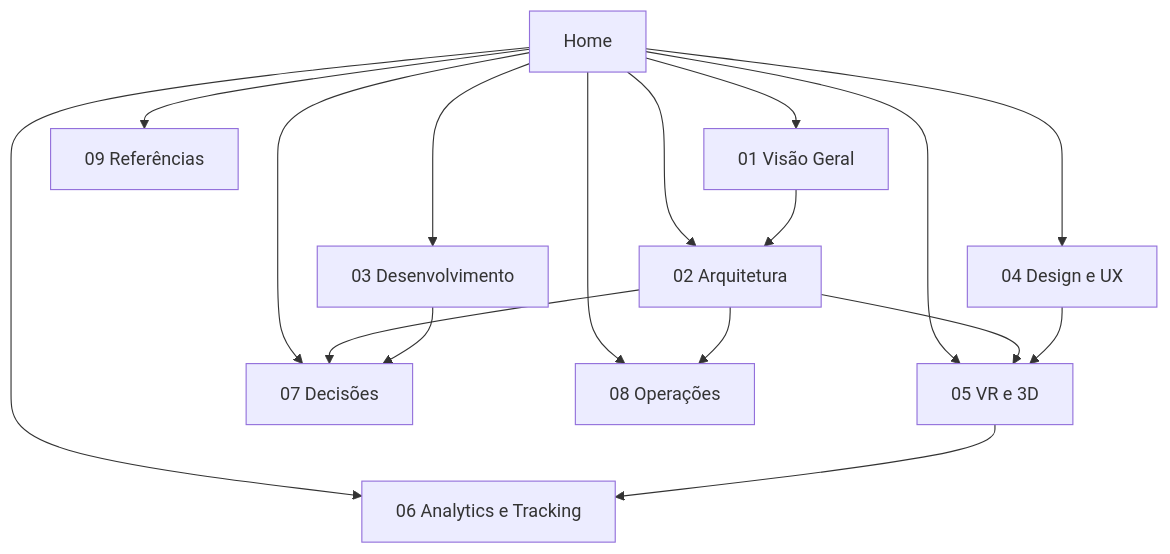
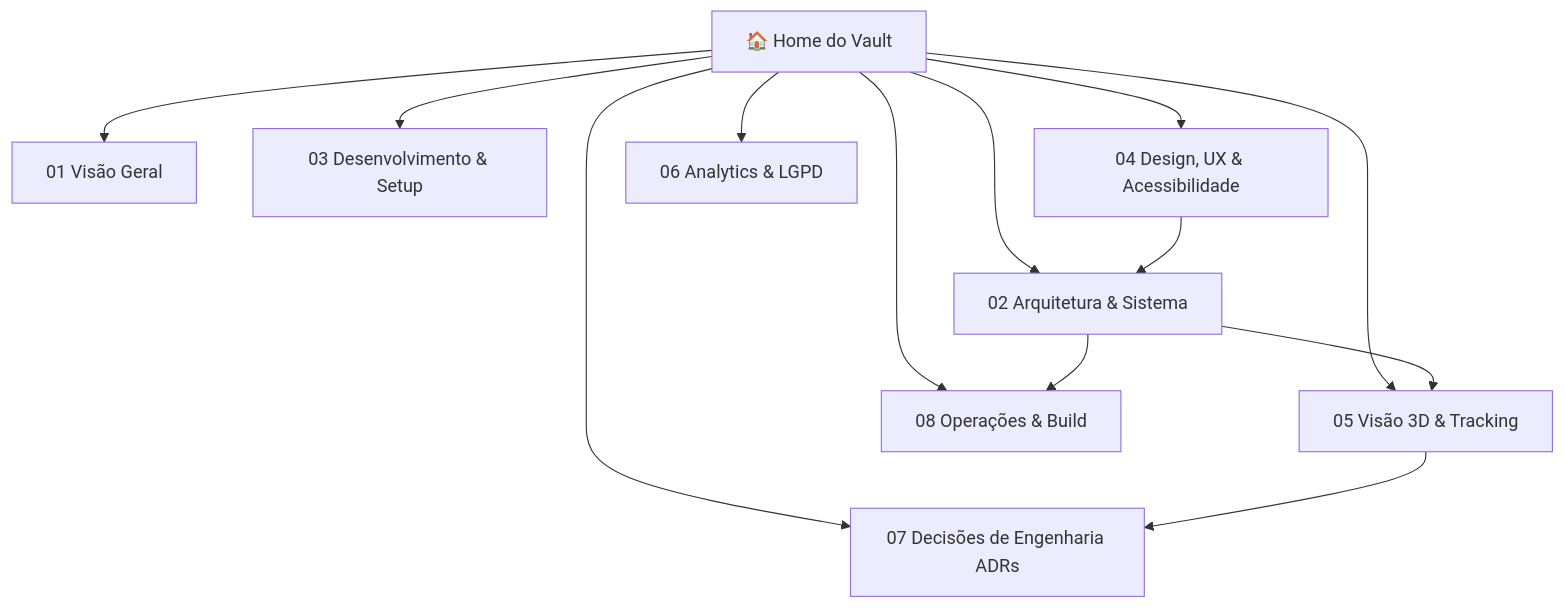
The diagram in docs/vault/Home.md (rafafrd/LP-with-VR), drawn with Mermaid before and after one commit. The commit also changed other lines of this file and 7 other files, not shown here.

````diff
--- a/docs/vault/Home.md
+++ b/docs/vault/Home.md
@@ -47,19 +31,16 @@
 ```mermaid
 flowchart TD
-    H[Home] --> V1[01 Visão Geral]
-    H --> V2[02 Arquitetura]
-    H --> V3[03 Desenvolvimento]
-    H --> V4[04 Design e UX]
-    H --> V5[05 VR e 3D]
-    H --> V6[06 Analytics e Tracking]
-    H --> V7[07 Decisões]
-    H --> V8[08 Operações]
-    H --> V9[09 Referências]
-    V1 --> V2
+    H[🏠 Home do Vault] --> V1[01 Visão Geral]
+    H --> V2[02 Arquitetura & Sistema]
+    H --> V3[03 Desenvolvimento & Setup]
+    H --> V4[04 Design, UX & Acessibilidade]
+    H --> V5[05 Visão 3D & Tracking]
+    H --> V6[06 Analytics & LGPD]
+    H --> V7[07 Decisões de Engenharia ADRs]
+    H --> V8[08 Operações & Build]
+
     V2 --> V5
-    V4 --> V5
-    V5 --> V6
-    V2 --> V7
-    V3 --> V7
+    V4 --> V2
+    V5 --> V7
     V2 --> V8
 ```
````
